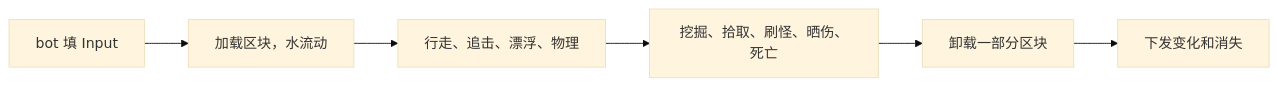
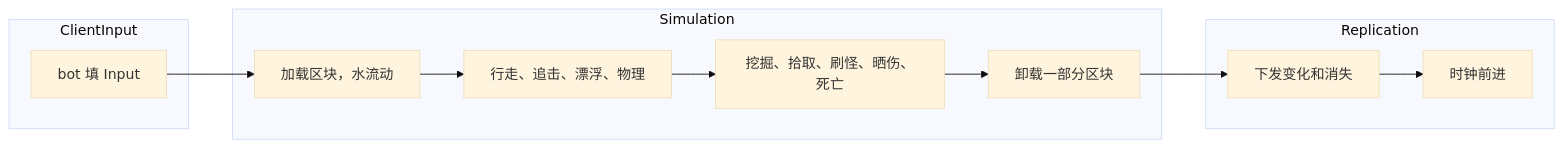
Before and after one commit to JasonXuDeveloper/EasyEcs: the diagram in docs/content/samples/voxel-server.zh.mdx, drawn with Mermaid (base theme). The commit also changed other lines of this file and 3 other files, not shown here.

````diff
--- a/docs/content/samples/voxel-server.zh.mdx
+++ b/docs/content/samples/voxel-server.zh.mdx
@@ -47,8 +55,16 @@
 ```mermaid
 flowchart LR
-  input[bot 填 Input] --> world[加载区块，水流动]
-  world --> move[行走、追击、漂浮、物理]
-  move --> rules[挖掘、拾取、刷怪、晒伤、死亡]
-  rules --> unload[卸载一部分区块]
-  unload --> send[下发变化和消失]
+  subgraph ClientInput
+    input[bot 填 Input]
+  end
+  subgraph Simulation
+    world[加载区块，水流动] --> move[行走、追击、漂浮、物理]
+    move --> rules[挖掘、拾取、刷怪、晒伤、死亡]
+    rules --> unload[卸载一部分区块]
+  end
+  subgraph Replication
+    send[下发变化和消失] --> clock[时钟前进]
+  end
+  input --> world
+  unload --> send
 ```
````
